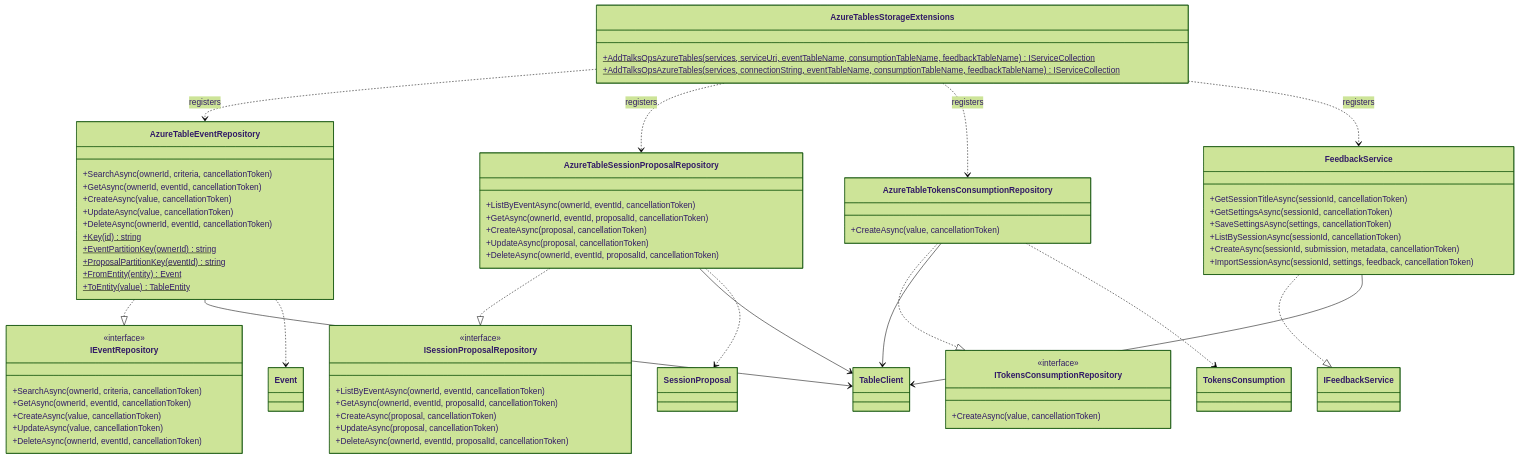
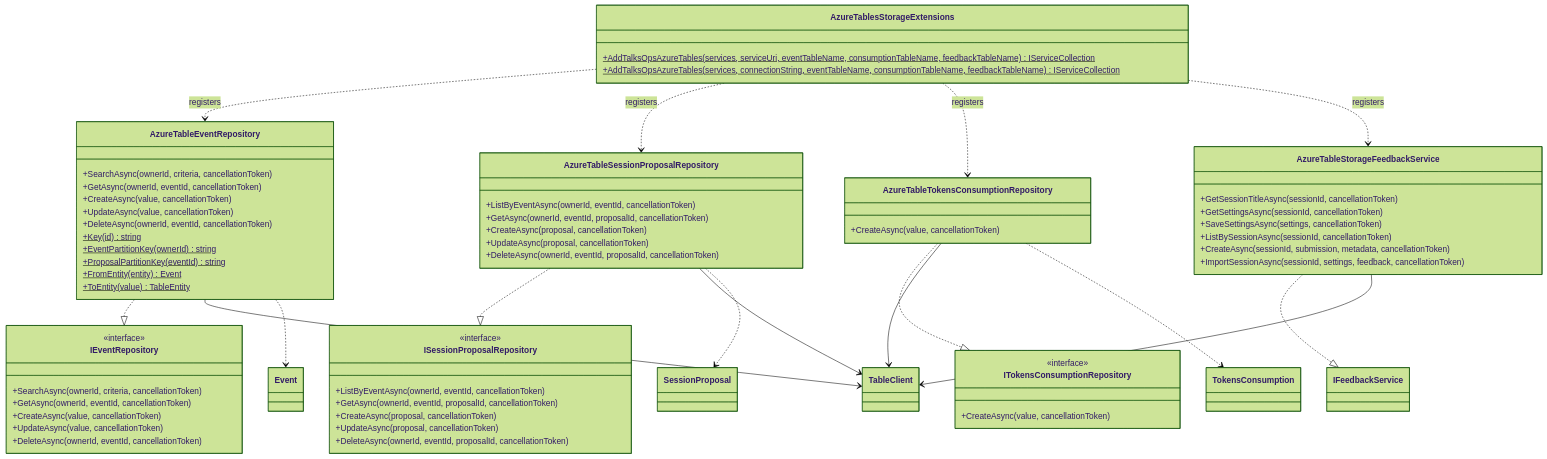
The diagram in src/TalksOps.Storage/README.md (massimobonanni/TalksOps), drawn with Mermaid (forest theme) before and after one commit. The commit also changed other lines of this file and 11 other files, not shown here.

First line of the commit message:
Refactor FeedbackService to AzureTableStorageFeedbackService and update related components

````diff
--- a/src/TalksOps.Storage/README.md
+++ b/src/TalksOps.Storage/README.md
@@ -7,74 +7,74 @@
 ```mermaid
 classDiagram
     class IEventRepository {
         <<interface>>
         +SearchAsync(ownerId, criteria, cancellationToken)
         +GetAsync(ownerId, eventId, cancellationToken)
         +CreateAsync(value, cancellationToken)
         +UpdateAsync(value, cancellationToken)
         +DeleteAsync(ownerId, eventId, cancellationToken)
     }
     class ISessionProposalRepository {
         <<interface>>
         +ListByEventAsync(ownerId, eventId, cancellationToken)
         +GetAsync(ownerId, eventId, proposalId, cancellationToken)
         +CreateAsync(proposal, cancellationToken)
         +UpdateAsync(proposal, cancellationToken)
         +DeleteAsync(ownerId, eventId, proposalId, cancellationToken)
     }
     class ITokensConsumptionRepository {
         <<interface>>
         +CreateAsync(value, cancellationToken)
     }
     class AzureTableEventRepository {
         +SearchAsync(ownerId, criteria, cancellationToken)
         +GetAsync(ownerId, eventId, cancellationToken)
         +CreateAsync(value, cancellationToken)
         +UpdateAsync(value, cancellationToken)
         +DeleteAsync(ownerId, eventId, cancellationToken)
         +Key(id)$ string
         +EventPartitionKey(ownerId)$ string
         +ProposalPartitionKey(eventId)$ string
         +FromEntity(entity)$ Event
         +ToEntity(value)$ TableEntity
     }
     class AzureTableSessionProposalRepository {
         +ListByEventAsync(ownerId, eventId, cancellationToken)
         +GetAsync(ownerId, eventId, proposalId, cancellationToken)
         +CreateAsync(proposal, cancellationToken)
         +UpdateAsync(proposal, cancellationToken)
         +DeleteAsync(ownerId, eventId, proposalId, cancellationToken)
     }
     class AzureTableTokensConsumptionRepository {
         +CreateAsync(value, cancellationToken)
     }
-    class FeedbackService {
+    class AzureTableStorageFeedbackService {
         +GetSessionTitleAsync(sessionId, cancellationToken)
         +GetSettingsAsync(sessionId, cancellationToken)
         +SaveSettingsAsync(settings, cancellationToken)
         +ListBySessionAsync(sessionId, cancellationToken)
         +CreateAsync(sessionId, submission, metadata, cancellationToken)
         +ImportSessionAsync(sessionId, settings, feedback, cancellationToken)
     }
     class AzureTablesStorageExtensions {
         +AddTalksOpsAzureTables(services, serviceUri, eventTableName, consumptionTableName, feedbackTableName)$ IServiceCollection
         +AddTalksOpsAzureTables(services, connectionString, eventTableName, consumptionTableName, feedbackTableName)$ IServiceCollection
     }
     class TableClient
 
     AzureTableEventRepository ..|> IEventRepository
     AzureTableSessionProposalRepository ..|> ISessionProposalRepository
     AzureTableTokensConsumptionRepository ..|> ITokensConsumptionRepository
-    FeedbackService ..|> IFeedbackService
+    AzureTableStorageFeedbackService ..|> IFeedbackService
     AzureTableEventRepository --> TableClient
     AzureTableSessionProposalRepository --> TableClient
     AzureTableTokensConsumptionRepository --> TableClient
-    FeedbackService --> TableClient
+    AzureTableStorageFeedbackService --> TableClient
     AzureTablesStorageExtensions ..> AzureTableEventRepository : registers
     AzureTablesStorageExtensions ..> AzureTableSessionProposalRepository : registers
     AzureTablesStorageExtensions ..> AzureTableTokensConsumptionRepository : registers
-    AzureTablesStorageExtensions ..> FeedbackService : registers
+    AzureTablesStorageExtensions ..> AzureTableStorageFeedbackService : registers
     AzureTableEventRepository ..> Event
     AzureTableSessionProposalRepository ..> SessionProposal
     AzureTableTokensConsumptionRepository ..> TokensConsumption
 ```
````
